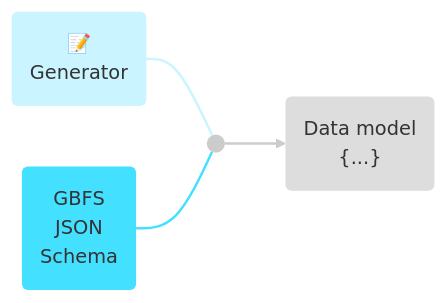
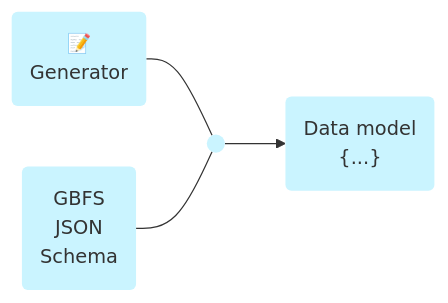
One commit to MobilityData/gbfs.org changed the fourth of 4 diagrams in docs/en/get-started.md. Above: the diagram before and after it, drawn with Mermaid. The commit also changed other lines of this file, not shown here.

````diff
--- a/docs/en/get-started.md
+++ b/docs/en/get-started.md
@@ -293,27 +229,17 @@
 ``` mermaid
 graph LR
-  classDef generator fill:#CAF4FF,stroke:#000000,stroke-width:0px;
-  classDef datamodel fill:#DDDDDD,stroke:#000000,stroke-width:0px;
-  classDef gbfsschema fill:#43E0FF,stroke:#000000,stroke-width:0px;
-  classDef joint fill:#CCCCCC,stroke:#000000,stroke-width:0px;
+  classDef blue fill:#CAF4FF,stroke-width:0px;
   
   A("📝
   Generator");
   D("Data model
   {...}");
   B("GBFS
   JSON
   Schema");
   A --- C;
   B --- C;
   C((" ")) --> D;
 
-  class A generator
-  class B gbfsschema
-  class C joint
-  class D datamodel
-
-  linkStyle 0 stroke:#CAF4FF,stroke-width:2px
-  linkStyle 1 stroke:#43E0FF,stroke-width:2px
-  linkStyle 2 stroke:#CCCCCC,stroke-width:2px
+  class A,B,C,D blue
 ```
````
